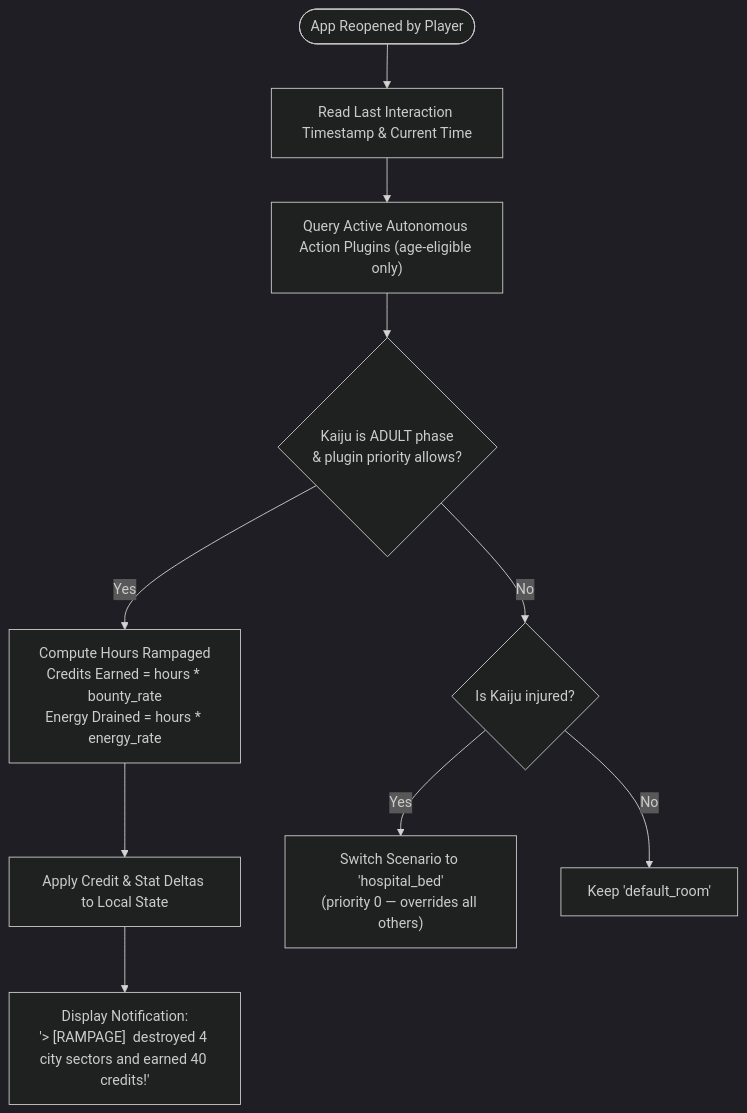
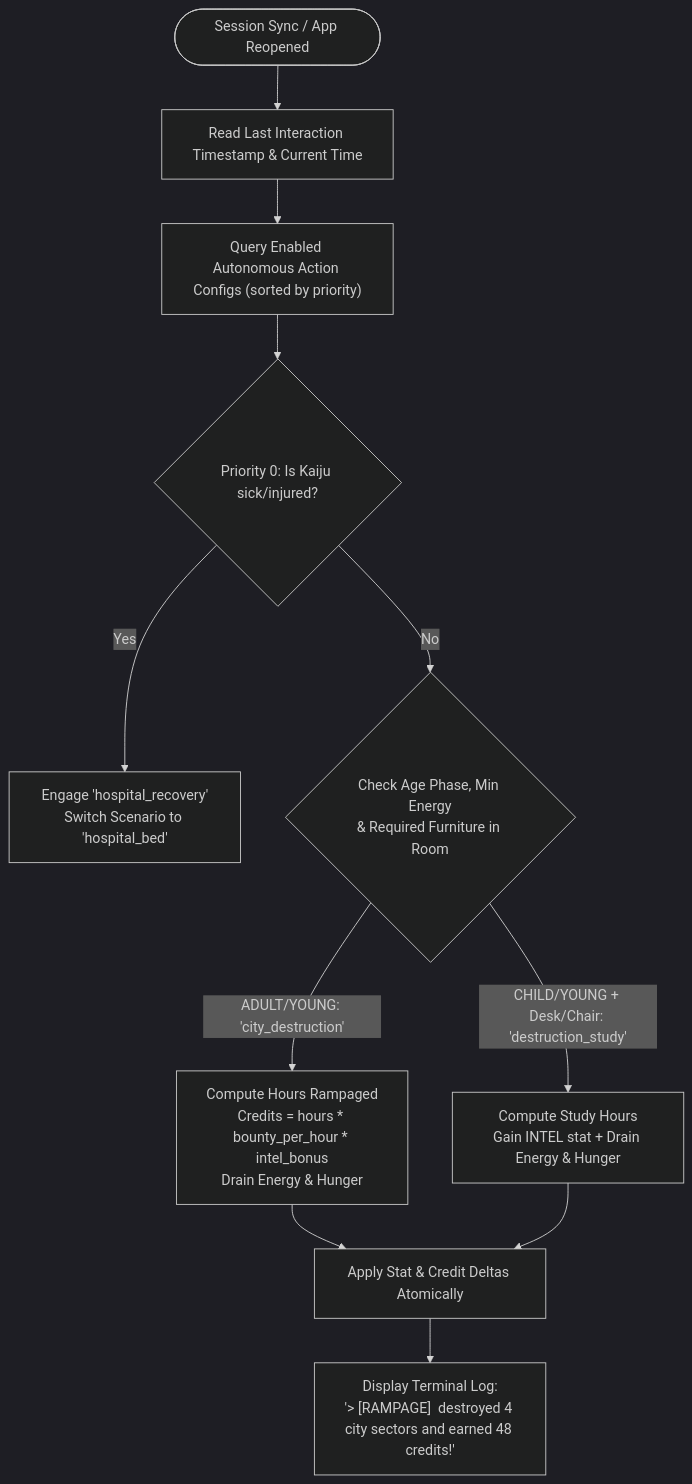
One commit to TheMrCorvy/HATCH.REF changed the diagram in Documentation/Plugins/03-non-user-triggered-actions.md. Above: the diagram before and after it, drawn with Mermaid (dark theme). The commit also changed other lines of this file and 55 other files, not shown here.

````diff
--- a/Documentation/Plugins/03-non-user-triggered-actions.md
+++ b/Documentation/Plugins/03-non-user-triggered-actions.md
@@ -14,15 +14,15 @@
 ```mermaid
 flowchart TD
-    AppResume([App Reopened by Player]) --> ReadTimestamps["Read Last Interaction Timestamp & Current Time"]
-    ReadTimestamps --> CheckAutoActions["Query Active Autonomous Action Plugins (age-eligible only)"]
+    AppResume([Session Sync / App Reopened]) --> ReadTimestamps["Read Last Interaction Timestamp & Current Time"]
+    ReadTimestamps --> CheckAutoActions["Query Enabled Autonomous Action Configs (sorted by priority)"]
 
-    CheckAutoActions --> EvalWork{"Kaiju is ADULT phase\n& plugin priority allows?"}
-    EvalWork -->|Yes| CalcWork["Compute Hours Rampaged\nCredits Earned = hours * bounty_rate\nEnergy Drained = hours * energy_rate"]
-    EvalWork -->|No| CheckSick{"Is Kaiju injured?"}
+    CheckAutoActions --> CheckSick{"Priority 0: Is Kaiju sick/injured?"}
+    CheckSick -->|Yes| SetHospital["Engage 'hospital_recovery'\nSwitch Scenario to 'hospital_bed'"]
+    CheckSick -->|No| EvalEligible{"Check Age Phase, Min Energy\n& Required Furniture in Room"}
 
-    CalcWork --> UpdateStats["Apply Credit & Stat Deltas to Local State"]
-    CheckSick -->|Yes| SetHospital["Switch Scenario to 'hospital_bed'\n(priority 0 — overrides all others)"]
-    CheckSick -->|No| NormalRoom["Keep 'default_room'"]
+    EvalEligible -->|"ADULT/YOUNG: 'city_destruction'"| CalcWork["Compute Hours Rampaged\nCredits = hours * bounty_per_hour * intel_bonus\nDrain Energy & Hunger"]
+    EvalEligible -->|"CHILD/YOUNG + Desk/Chair: 'destruction_study'"| CalcStudy["Compute Study Hours\nGain INTEL stat + Drain Energy & Hunger"]
 
-    UpdateStats --> ShowSummary["Display Notification:\n'> [RAMPAGE] <kaiju> destroyed 4 city sectors and earned 40 credits!'"]
+    CalcWork & CalcStudy --> UpdateStats["Apply Stat & Credit Deltas Atomically"]
+    UpdateStats --> ShowSummary["Display Terminal Log:\n'> [RAMPAGE] <kaiju> destroyed 4 city sectors and earned 48 credits!'"]
 ```
````
